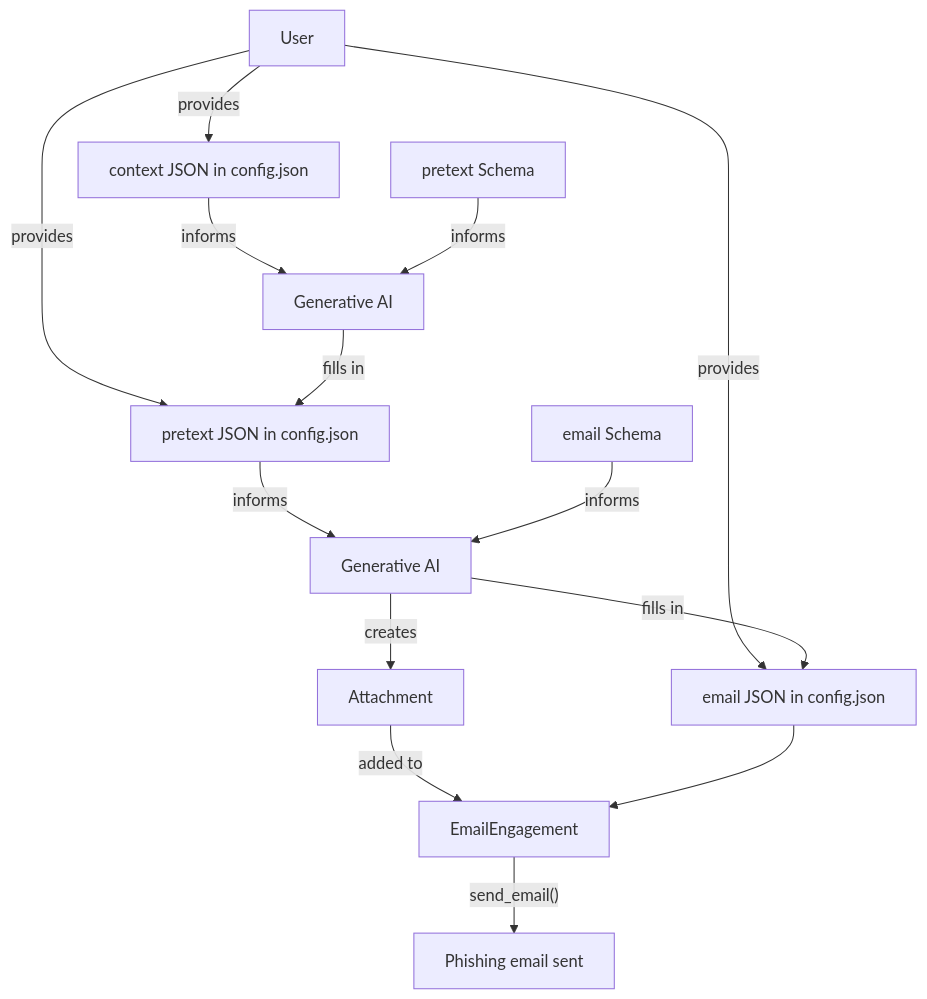
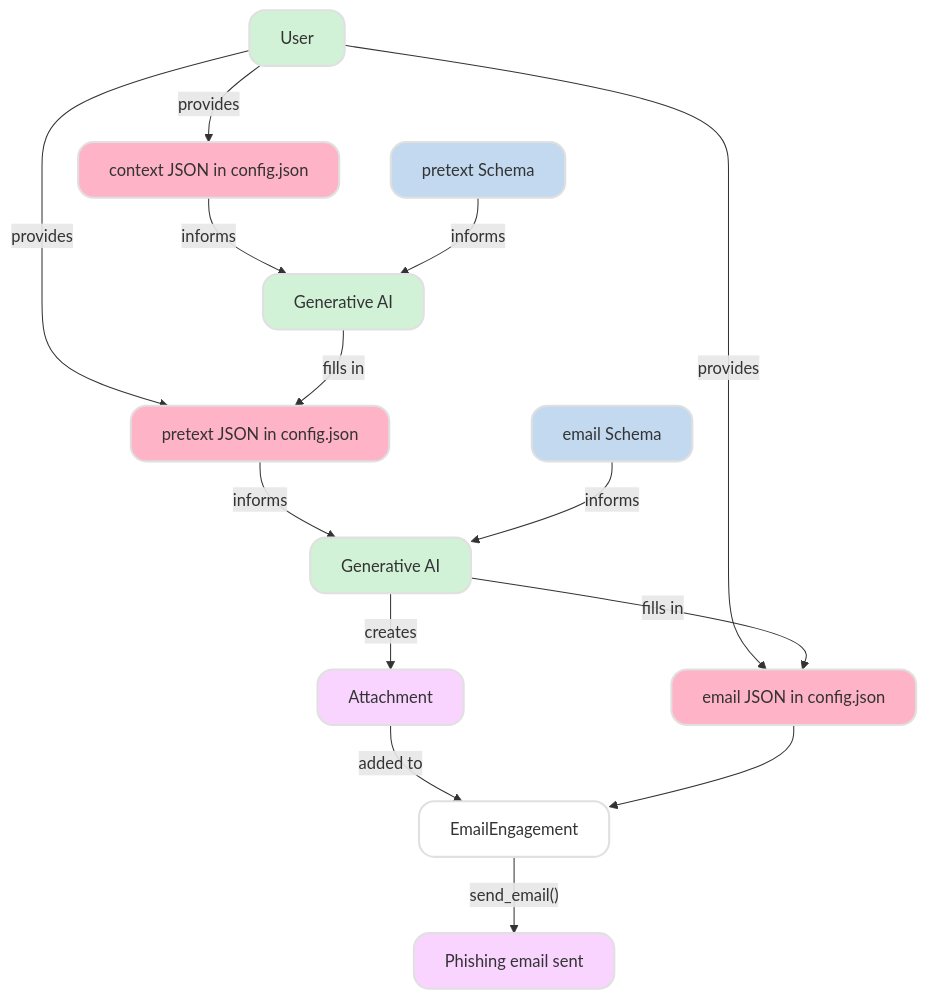
One commit to ropbear/ophishal changed the diagram in README.md. Above: the diagram before and after it, drawn with Mermaid. The commit also changed other lines of this file, not shown here.

Commit message:
playing with mermaid and jippity

````diff
--- a/README.md
+++ b/README.md
@@ -32,37 +38,63 @@
 ```mermaid
+%%{init: {'theme': 'base', 'themeVariables': {
+    'primaryColor': '#ffb3c6',   /* Soft pastel pink */
+    'secondaryColor': '#c2d9f0', /* Soft pastel blue */
+    'tertiaryColor': '#d1f2d6',  /* Soft pastel green */
+    'edgeLabelBackground': '#ffffff', /* White background for edge labels */
+    'nodeBorder': '2px solid #e0e0e0', /* Light gray border for nodes */
+    'nodeBorderRadius': '15px', /* Rounded edges */
+    'fontSize': '16px', /* Larger font size for readability */
+    'primaryTextColor': '#333', /* Dark text for contrast */
+    'secondaryTextColor': '#666', /* Lighter text for secondary elements */
+    'linkStyle': 'stroke-width:2px; stroke: #777; fill: transparent;'  /* Smooth edges */
+}}}%%
 flowchart TD
     ContextConfig["context JSON in config.json"]
     PretextConfig["pretext JSON in config.json"]
     EngagementConfig["email JSON in config.json"]
 
     PretextSchema["pretext Schema"]
     EmailEngagementSchema["email Schema"]
 
     User["User"]
     PtxGenAI["Generative AI"]
     EngGenAI["Generative AI"]
     EmailEngagement["EmailEngagement"]
     AttachmentTemplate["Attachment"]
     SendEmail["Phishing email sent"]
 
     User -- provides --> ContextConfig
     User -- provides --> PretextConfig
     User -- provides --> EngagementConfig
 
     ContextConfig -- informs --> PtxGenAI
     PretextSchema -- informs --> PtxGenAI
 
     PtxGenAI -- fills in --> PretextConfig
 
     PretextConfig -- informs --> EngGenAI
     EmailEngagementSchema -- informs --> EngGenAI
 
 
     EngGenAI -- fills in --> EngagementConfig
     EngGenAI -- creates --> AttachmentTemplate
 
     AttachmentTemplate -- added to --> EmailEngagement
     EngagementConfig --> EmailEngagement
     
     EmailEngagement -- send_email() --> SendEmail
+
+    style ContextConfig fill:#ffb3c6,stroke:#e0e0e0,stroke-width:2px,rx:15,ry:15
+    style PretextConfig fill:#ffb3c6,stroke:#e0e0e0,stroke-width:2px,rx:15,ry:15
+    style EngagementConfig fill:#ffb3c6,stroke:#e0e0e0,stroke-width:2px,rx:15,ry:15
+
+    style PretextSchema fill:#c2d9f0,stroke:#e0e0e0,stroke-width:2px,rx:15,ry:15
+    style EmailEngagementSchema fill:#c2d9f0,stroke:#e0e0e0,stroke-width:2px,rx:15,ry:15
+
+    style User fill:#d1f2d6,stroke:#e0e0e0,stroke-width:2px,rx:15,ry:15
+    style PtxGenAI fill:#d1f2d6,stroke:#e0e0e0,stroke-width:2px,rx:15,ry:15
+    style EngGenAI fill:#d1f2d6,stroke:#e0e0e0,stroke-width:2px,rx:15,ry:15
+    style EmailEngagement fill:#fff,stroke:#e0e0e0,stroke-width:2px,rx:15,ry:15
+    style AttachmentTemplate fill:#f9d4ff,stroke:#e0e0e0,stroke-width:2px,rx:15,ry:15
+    style SendEmail fill:#f9d4ff,stroke:#e0e0e0,stroke-width:2px,rx:15,ry:15
 ```
````
